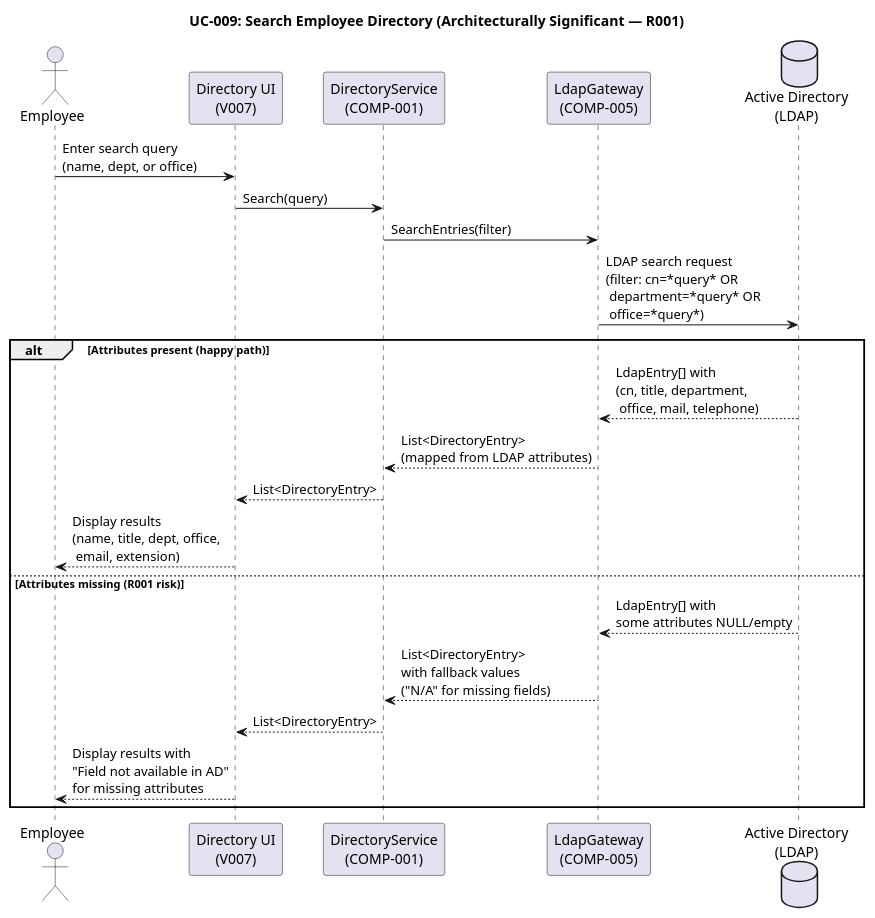
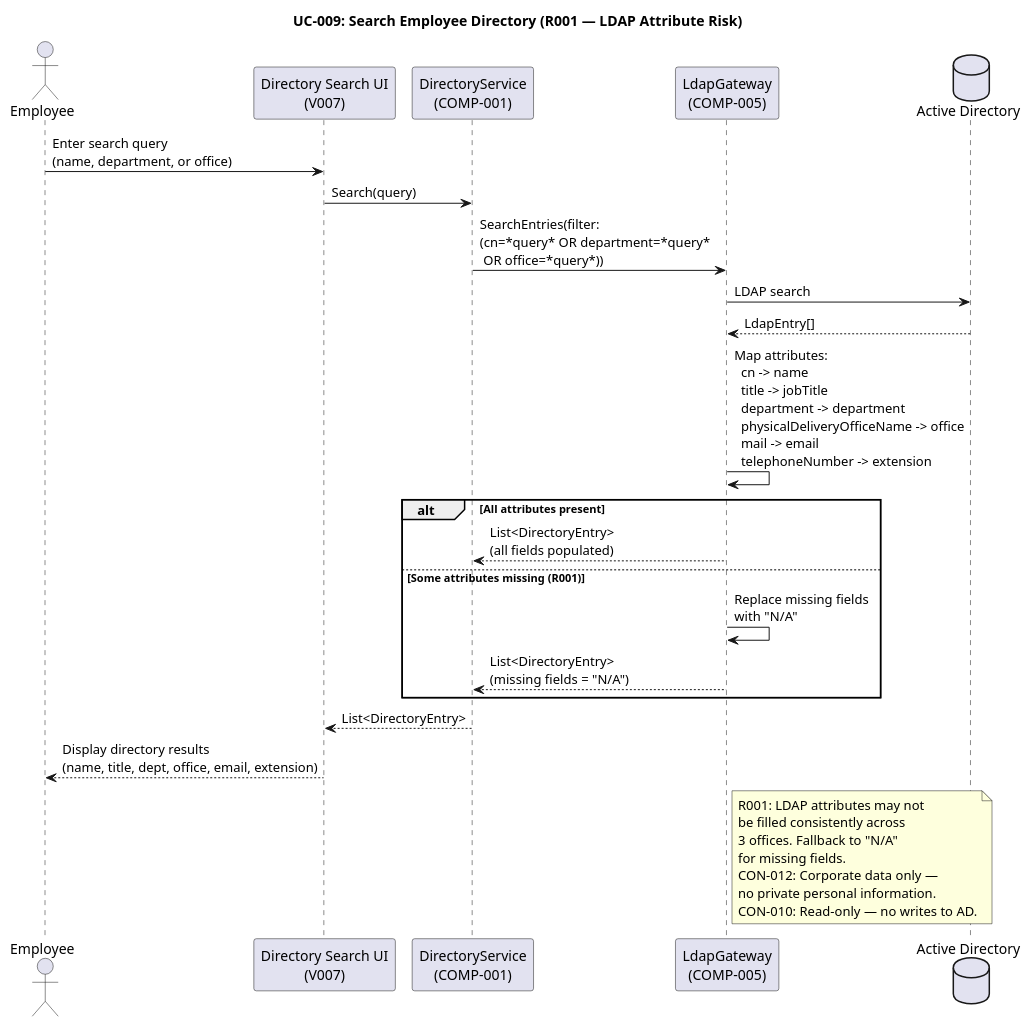
One commit to banense-test/portal-cuba-corp changed the tenth of 28 diagrams in docs/artifacts/analysis---design/design-model.md. Above: the diagram before and after it, drawn with PlantUML. The commit also changed other lines of this file, not shown here.

````diff
--- a/docs/artifacts/analysis---design/design-model.md
+++ b/docs/artifacts/analysis---design/design-model.md
@@ -642,29 +595,40 @@
 ```plantuml
 @startuml
-title UC-009: Search Employee Directory (Architecturally Significant — R001)
+title UC-009: Search Employee Directory (R001 — LDAP Attribute Risk)
 
 actor Employee as EMP
-participant "Directory UI\n(V007)" as UI
+participant "Directory Search UI\n(V007)" as UI
 participant "DirectoryService\n(COMP-001)" as SVC
 participant "LdapGateway\n(COMP-005)" as LDAP
-database "Active Directory\n(LDAP)" as AD
+database "Active Directory" as AD
 
-EMP -> UI : Enter search query\n(name, dept, or office)
+EMP -> UI : Enter search query\n(name, department, or office)
 UI -> SVC : Search(query)
-SVC -> LDAP : SearchEntries(filter)
-LDAP -> AD : LDAP search request\n(filter: cn=*query* OR\n department=*query* OR\n office=*query*)
+SVC -> LDAP : SearchEntries(filter:\n(cn=*query* OR department=*query*\n OR office=*query*))
+LDAP -> AD : LDAP search
+AD --> LDAP : LdapEntry[]
 
-alt Attributes present (happy path)
-  AD --> LDAP : LdapEntry[] with\n(cn, title, department,\n office, mail, telephone)
-  LDAP --> SVC : List<DirectoryEntry>\n(mapped from LDAP attributes)
-  SVC --> UI : List<DirectoryEntry>
-  UI --> EMP : Display results\n(name, title, dept, office,\n email, extension)
-else Attributes missing (R001 risk)
-  AD --> LDAP : LdapEntry[] with\nsome attributes NULL/empty
-  LDAP --> SVC : List<DirectoryEntry>\nwith fallback values\n("N/A" for missing fields)
-  SVC --> UI : List<DirectoryEntry>
-  UI --> EMP : Display results with\n"Field not available in AD"\nfor missing attributes
+LDAP -> LDAP : Map attributes:\n  cn -> name\n  title -> jobTitle\n  department -> department\n  physicalDeliveryOfficeName -> office\n  mail -> email\n  telephoneNumber -> extension
+
+alt All attributes present
+  LDAP --> SVC : List<DirectoryEntry>\n(all fields populated)
+else Some attributes missing (R001)
+  LDAP -> LDAP : Replace missing fields\nwith "N/A"
+  LDAP --> SVC : List<DirectoryEntry>\n(missing fields = "N/A")
 end
+
+SVC --> UI : List<DirectoryEntry>
+UI --> EMP : Display directory results\n(name, title, dept, office, email, extension)
+
+note right of LDAP
+  R001: LDAP attributes may not
+  be filled consistently across
+  3 offices. Fallback to "N/A"
+  for missing fields.
+  CON-012: Corporate data only —
+  no private personal information.
+  CON-010: Read-only — no writes to AD.
+end note
 
 @enduml
 ```
````
